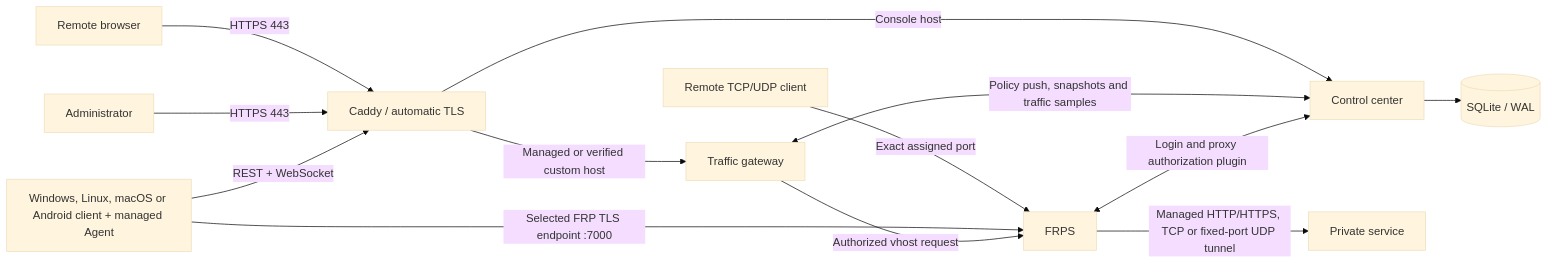
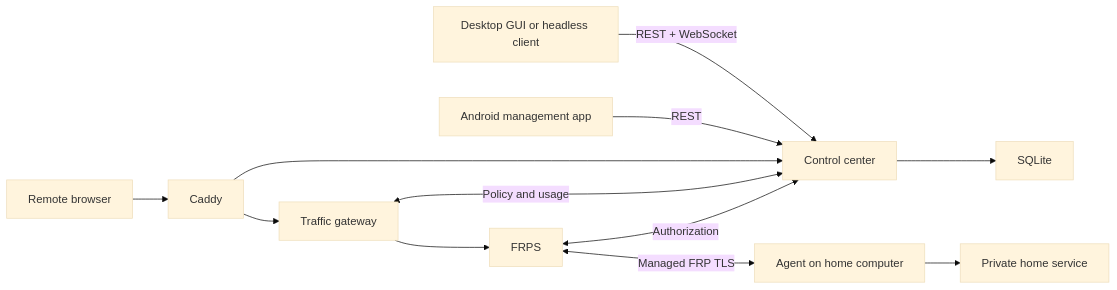
One commit to ZHanry/home-tunnel-server changed the diagram in docs/ARCHITECTURE.md. Above: the diagram before and after it, drawn with Mermaid (base theme). The commit also changed other lines of this file and 30 other files, not shown here.

````diff
--- a/docs/ARCHITECTURE.md
+++ b/docs/ARCHITECTURE.md
@@ -5,15 +8,12 @@
 ```mermaid
 flowchart LR
-    Visitor["Remote browser"] -->|"HTTPS 443"| Caddy["Caddy / automatic TLS"]
-    RawClient["Remote TCP/UDP client"] -->|"Exact assigned port"| FRPS
-    Admin["Administrator"] -->|"HTTPS 443"| Caddy
-    Client["Windows, Linux, macOS or Android client + managed Agent"] -->|"REST + WebSocket"| Caddy
-    Client -->|"Selected FRP TLS endpoint :7000"| FRPS["FRPS"]
-    Caddy -->|"Console host"| Control["Control center"]
-    Caddy -->|"Managed or verified custom host"| Gateway["Traffic gateway"]
-    Gateway -->|"Authorized vhost request"| FRPS
-    FRPS -->|"Managed HTTP/HTTPS, TCP or fixed-port UDP tunnel"| Local["Private service"]
-    Control --> SQLite[("SQLite / WAL")]
-    Gateway <-->|"Policy push, snapshots and traffic samples"| Control
-    FRPS <-->|"Login and proxy authorization plugin"| Control
+  Browser[Remote browser] --> Caddy --> Gateway[Traffic gateway] --> FRPS
+  Desktop[Desktop GUI or headless client] -->|REST + WebSocket| Control[Control center]
+  Android[Android management app] -->|REST| Control
+  Control --> SQLite
+  Caddy --> Control
+  Gateway <-->|Policy and usage| Control
+  FRPS <-->|Authorization| Control
+  FRPS <-->|Managed FRP TLS| Agent[Agent on home computer]
+  Agent --> Local[Private home service]
 ```
````
